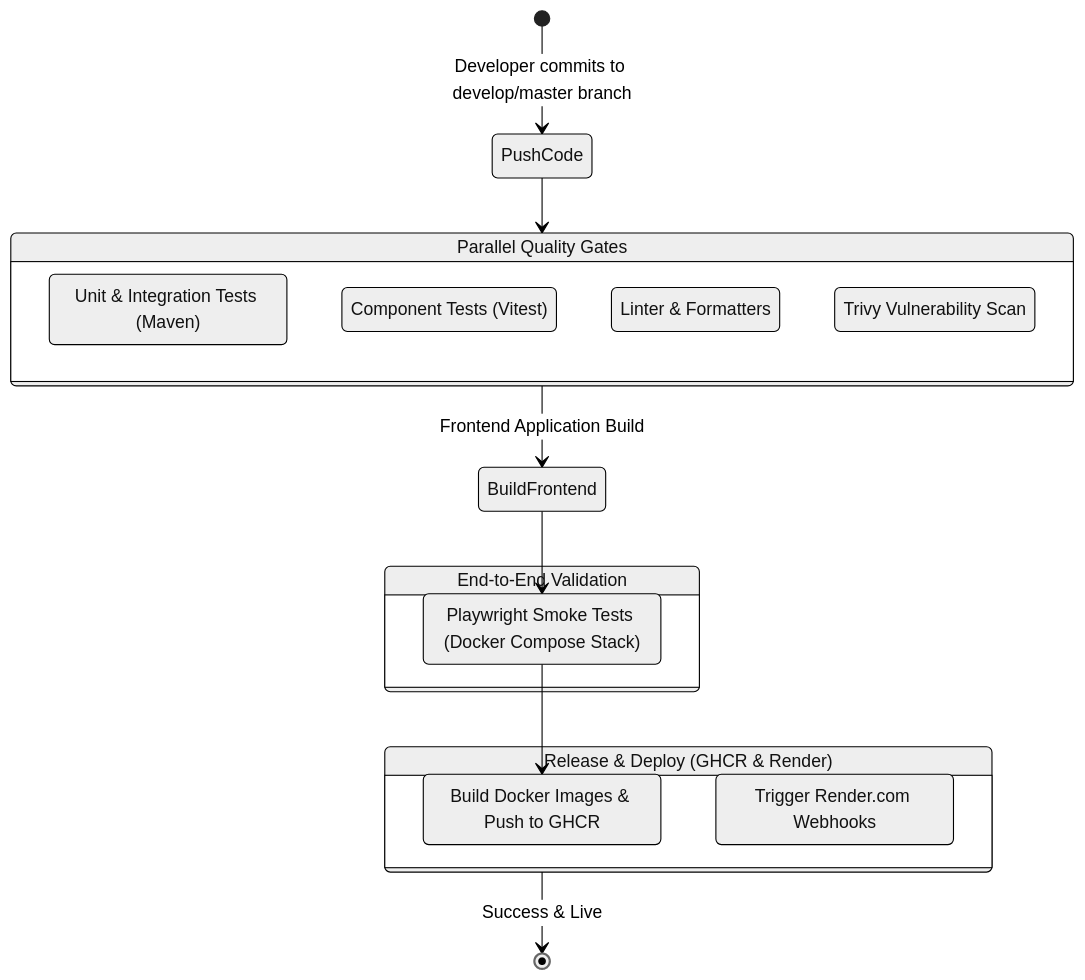
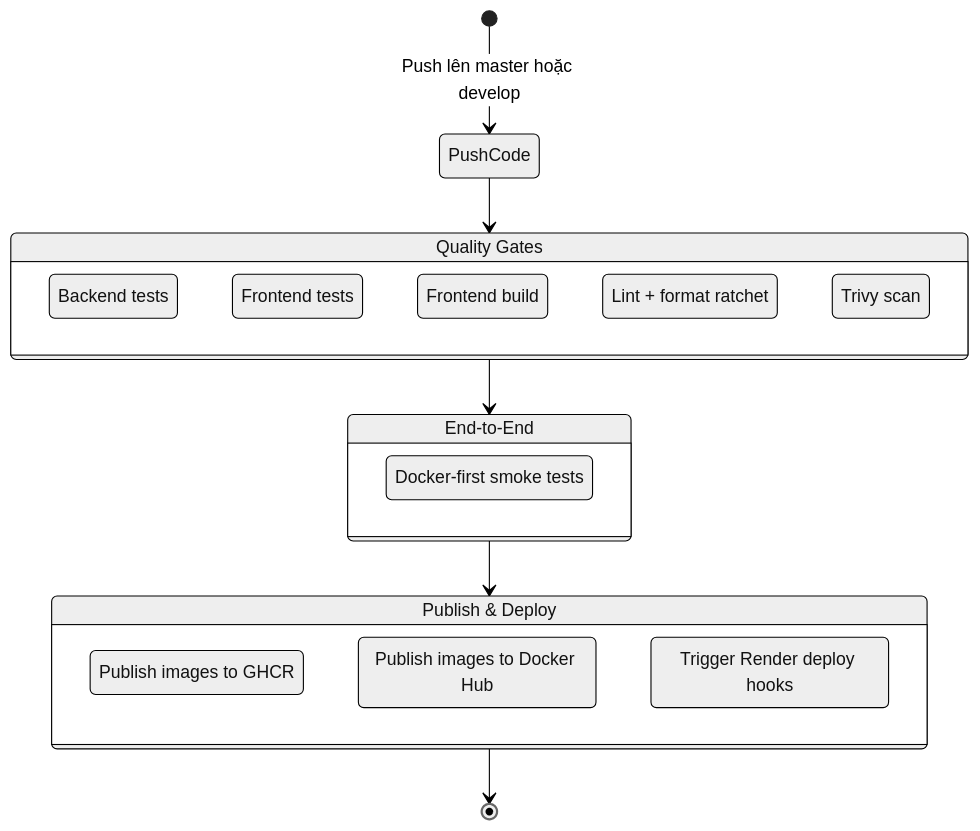
One commit to JasonTM17/Ecommerce_BookStore changed the second of 2 diagrams in docs/architecture-and-cicd-vn.md. Above: the diagram before and after it, drawn with Mermaid (neutral theme). The commit also changed other lines of this file and 17 other files, not shown here.

````diff
--- a/docs/architecture-and-cicd-vn.md
+++ b/docs/architecture-and-cicd-vn.md
@@ -57,29 +60,29 @@
 ```mermaid
 stateDiagram-v2
-    [*] --> PushCode: Developer commits to develop/master branch
-    
-    state "Parallel Quality Gates" as Gates {
-        BackendTest: Unit & Integration Tests (Maven)
-        FrontendTest: Component Tests (Vitest)
-        CodeQuality: Linter & Formatters
-        SecurityScan: Trivy Vulnerability Scan
+    [*] --> PushCode: Push lên master hoặc develop
+
+    state "Quality Gates" as Gates {
+        BackendTest: Backend tests
+        FrontendTest: Frontend tests
+        FrontendBuild: Frontend build
+        CodeQuality: Lint + format ratchet
+        SecurityScan: Trivy scan
     }
-    
+
     PushCode --> Gates
-    
-    Gates --> BuildFrontend: Frontend Application Build
-    BuildFrontend --> E2ETest
-    
-    state "End-to-End Validation" as E2E {
-        E2ETest: Playwright Smoke Tests (Docker Compose Stack)
+    Gates --> E2E
+
+    state "End-to-End" as E2E {
+        Playwright: Docker-first smoke tests
     }
-    
-    E2ETest --> Release
-    
-    state "Release & Deploy (GHCR & Render)" as ReleaseStage {
-        Release: Build Docker Images & Push to GHCR
-        Deploy: Trigger Render.com Webhooks
+
+    E2E --> Publish
+
+    state "Publish & Deploy" as Publish {
+        GHCR: Publish images to GHCR
+        DockerHub: Publish images to Docker Hub
+        Render: Trigger Render deploy hooks
     }
-    
-    ReleaseStage --> [*]: Success & Live
+
+    Publish --> [*]
 ```
````
